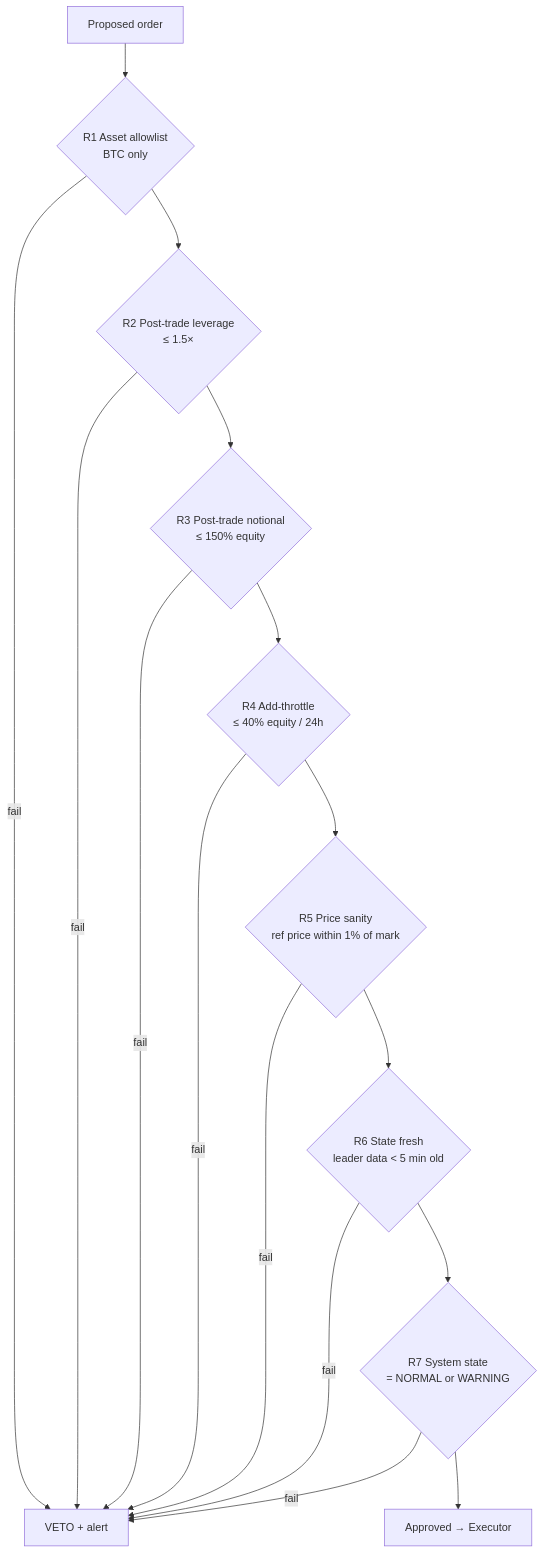
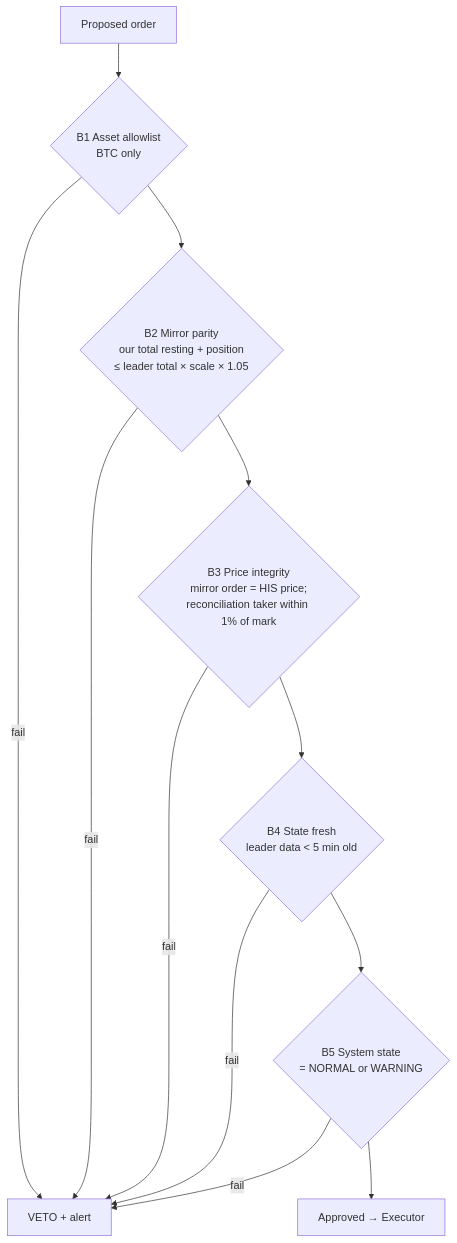
One commit to bankkomin/hyperliquid-copybot changed the fourth of 6 diagrams in PRD.md. Above: the diagram before and after it, drawn with Mermaid. The commit also changed other lines of this file, not shown here.

Commit message:
docs: PRD v3 — full mirror: copy leader's order ladder, sizing proportions, margin config and risk profile

````diff
--- a/PRD.md
+++ b/PRD.md
@@ -177,18 +196,14 @@
 ```mermaid
 flowchart TD
-    O[Proposed order] --> R1{"R1 Asset allowlist<br/>BTC only"}
-    R1 -- fail --> V[VETO + alert]
-    R1 --> R2{"R2 Post-trade leverage<br/>≤ 1.5×"}
-    R2 -- fail --> V
-    R2 --> R3{"R3 Post-trade notional<br/>≤ 150% equity"}
-    R3 -- fail --> V
-    R3 --> R4{"R4 Add-throttle<br/>≤ 40% equity / 24h"}
-    R4 -- fail --> V
-    R4 --> R5{"R5 Price sanity<br/>ref price within 1% of mark"}
-    R5 -- fail --> V
-    R5 --> R6{"R6 State fresh<br/>leader data < 5 min old"}
-    R6 -- fail --> V
-    R6 --> R7{"R7 System state<br/>= NORMAL or WARNING"}
-    R7 -- fail --> V
-    R7 --> OK[Approved → Executor]
+    O[Proposed order] --> B1{"B1 Asset allowlist<br/>BTC only"}
+    B1 -- fail --> V[VETO + alert]
+    B1 --> B2{"B2 Mirror parity<br/>our total resting + position<br/>≤ leader total × scale × 1.05"}
+    B2 -- fail --> V
+    B2 --> B3{"B3 Price integrity<br/>mirror order = HIS price;<br/>reconciliation taker within 1% of mark"}
+    B3 -- fail --> V
+    B3 --> B4{"B4 State fresh<br/>leader data < 5 min old"}
+    B4 -- fail --> V
+    B4 --> B5{"B5 System state<br/>= NORMAL or WARNING"}
+    B5 -- fail --> V
+    B5 --> OK[Approved → Executor]
 ```
````
